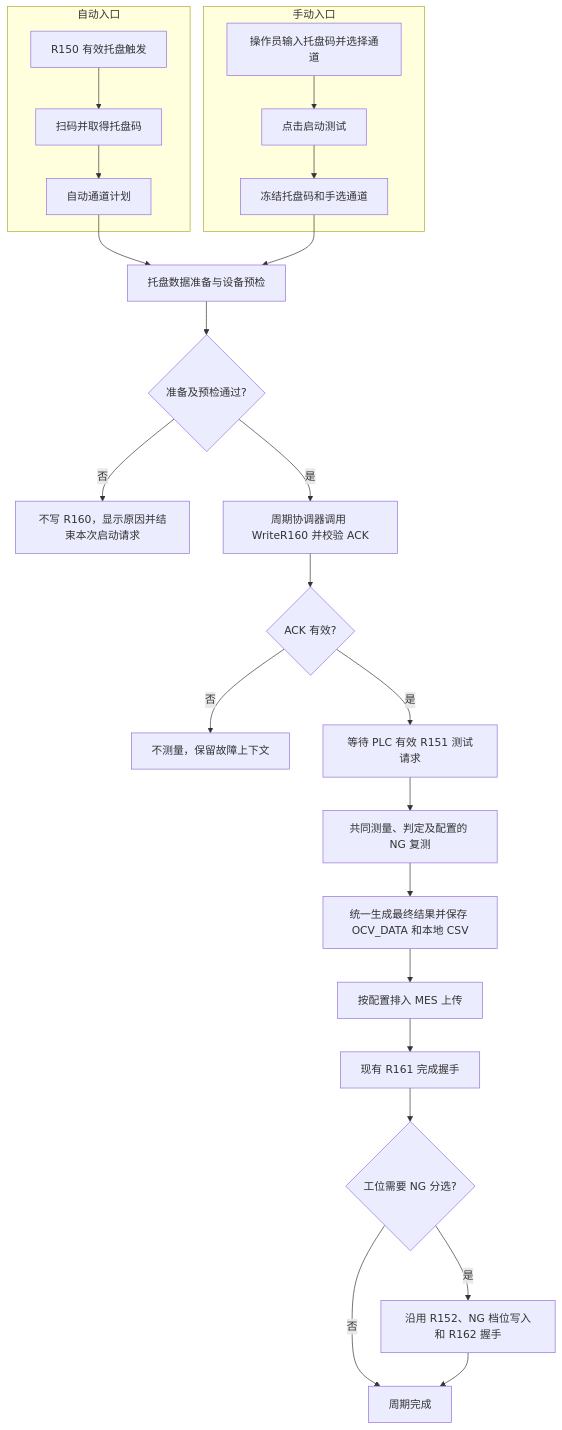
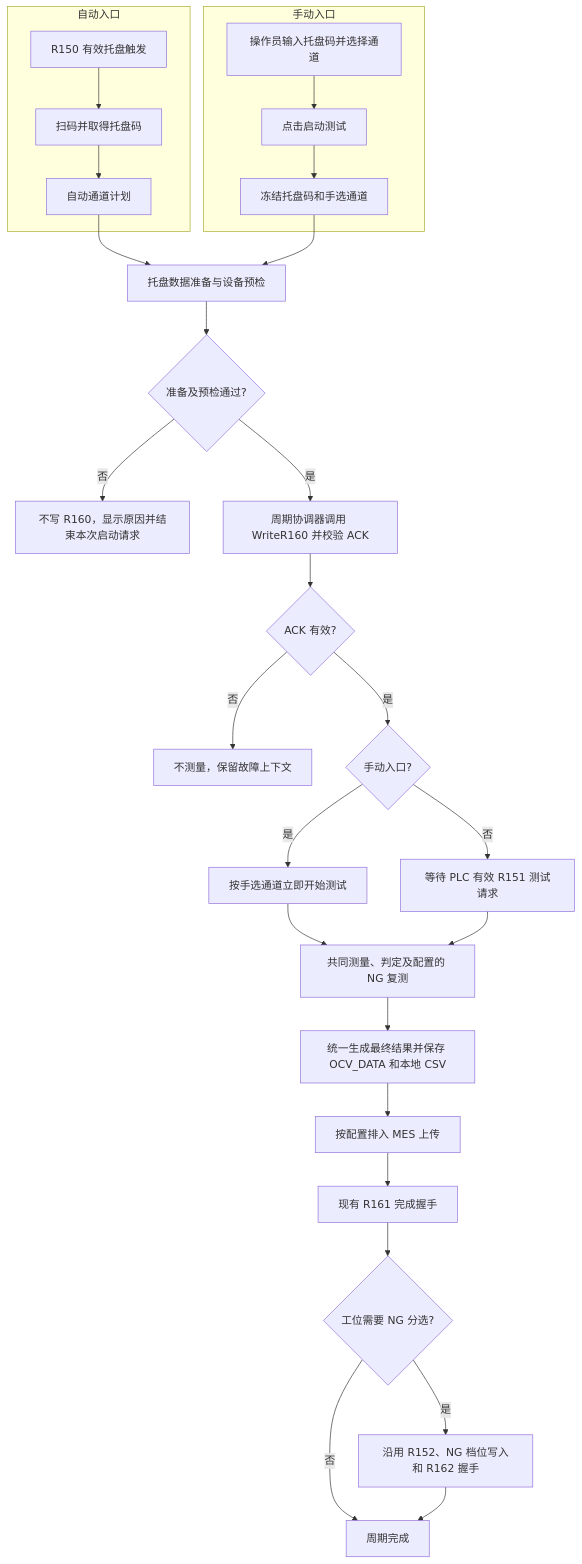
One commit to wengzj0113/BK_OCV256CH changed the diagram in docs/superpowers/specs/2026-10-10-main-page-manual-mode-unified-cycle-design.md. Above: the diagram before and after it, drawn with Mermaid. The commit also changed other lines of this file and 5 other files, not shown here.

````diff
--- a/docs/superpowers/specs/2026-10-10-main-page-manual-mode-unified-cycle-design.md
+++ b/docs/superpowers/specs/2026-10-10-main-page-manual-mode-unified-cycle-design.md
@@ -61,28 +61,31 @@
 ```mermaid
 flowchart TD
     subgraph Auto[自动入口]
         A[R150 有效托盘触发] --> B[扫码并取得托盘码]
         B --> C[自动通道计划]
     end
     subgraph Manual[手动入口]
         D[操作员输入托盘码并选择通道]
         D --> E[点击启动测试]
         E --> F[冻结托盘码和手选通道]
     end
     C --> G[托盘数据准备与设备预检]
     F --> G
     G --> H{准备及预检通过?}
     H -- 否 --> X[不写 R160，显示原因并结束本次启动请求]
     H -- 是 --> I[周期协调器调用 WriteR160 并校验 ACK]
     I --> J{ACK 有效?}
     J -- 否 --> Y[不测量，保留故障上下文]
-    J -- 是 --> K[等待 PLC 有效 R151 测试请求]
-    K --> L[共同测量、判定及配置的 NG 复测]
-    L --> M[统一生成最终结果并保存 OCV_DATA 和本地 CSV]
-    M --> N[按配置排入 MES 上传]
-    N --> O[现有 R161 完成握手]
-    O --> P{工位需要 NG 分选?}
-    P -- 是 --> Q[沿用 R152、NG 档位写入和 R162 握手]
-    P -- 否 --> R[周期完成]
-    Q --> R
+    J -- 是 --> K{手动入口?}
+    K -- 是 --> L[按手选通道立即开始测试]
+    K -- 否 --> M[等待 PLC 有效 R151 测试请求]
+    L --> N[共同测量、判定及配置的 NG 复测]
+    M --> N
+    N --> O[统一生成最终结果并保存 OCV_DATA 和本地 CSV]
+    O --> P[按配置排入 MES 上传]
+    P --> Q[现有 R161 完成握手]
+    Q --> R{工位需要 NG 分选?}
+    R -- 是 --> S[沿用 R152、NG 档位写入和 R162 握手]
+    R -- 否 --> T[周期完成]
+    S --> T
 ```
````
